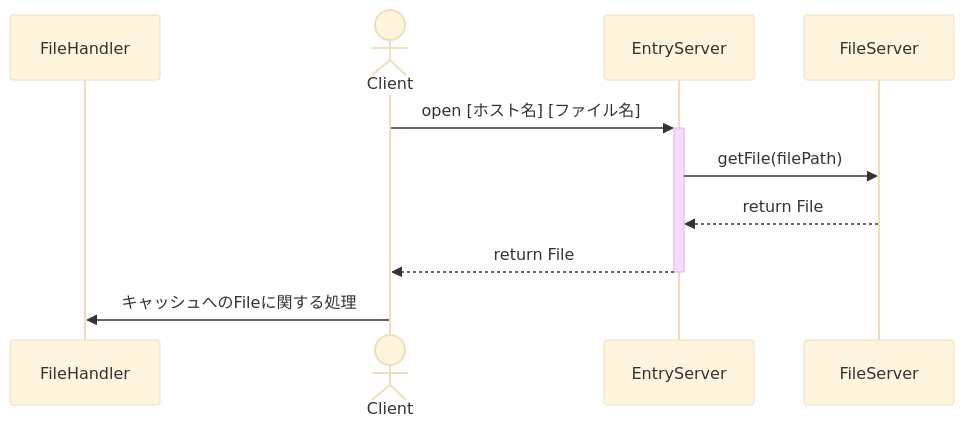
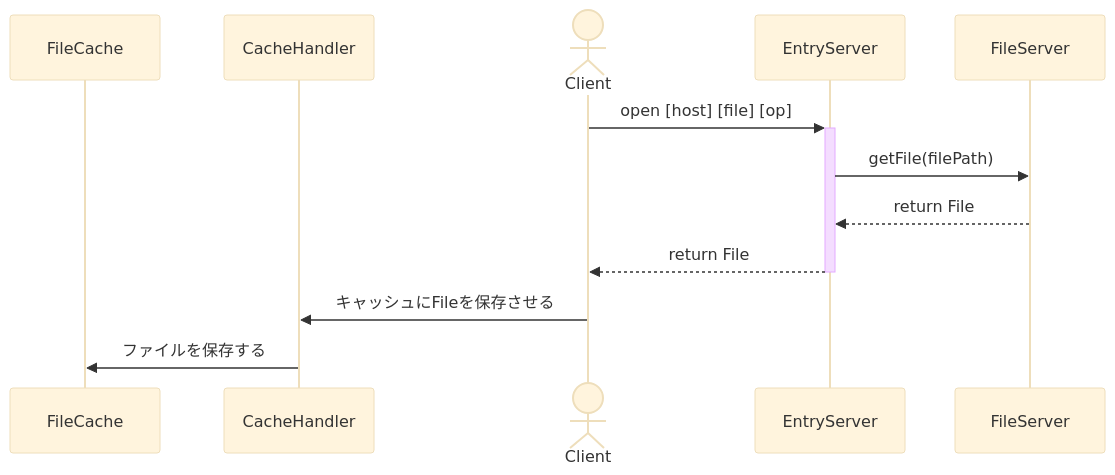
Before and after one commit to kaitokimuraofficial/distributed-file-systems: the first of 4 diagrams in design/sequence.md, drawn with Mermaid (base theme). The commit also changed other lines of this file, not shown here.

````diff
--- a/design/sequence.md
+++ b/design/sequence.md
@@ -2,14 +2,16 @@
 ```mermaid
 sequenceDiagram
 
-  participant FH as FileHandler
+  participant FC as FileCache
+  participant CH as CacheHandler
   actor C as Client
   participant ES as EntryServer　
   participant FS as FileServer
 
-  C->>+ES: open [ホスト名] [ファイル名]
+  C->>+ES: open [host] [file] [op]
   ES->>FS: getFile(filePath)
   FS-->>ES: return File
   ES-->>-C: return File
-  C->>FH: キャッシュへのFileに関する処理
+  C->>CH: キャッシュにFileを保存させる
+  CH->>FC: ファイルを保存する
 ```
````
